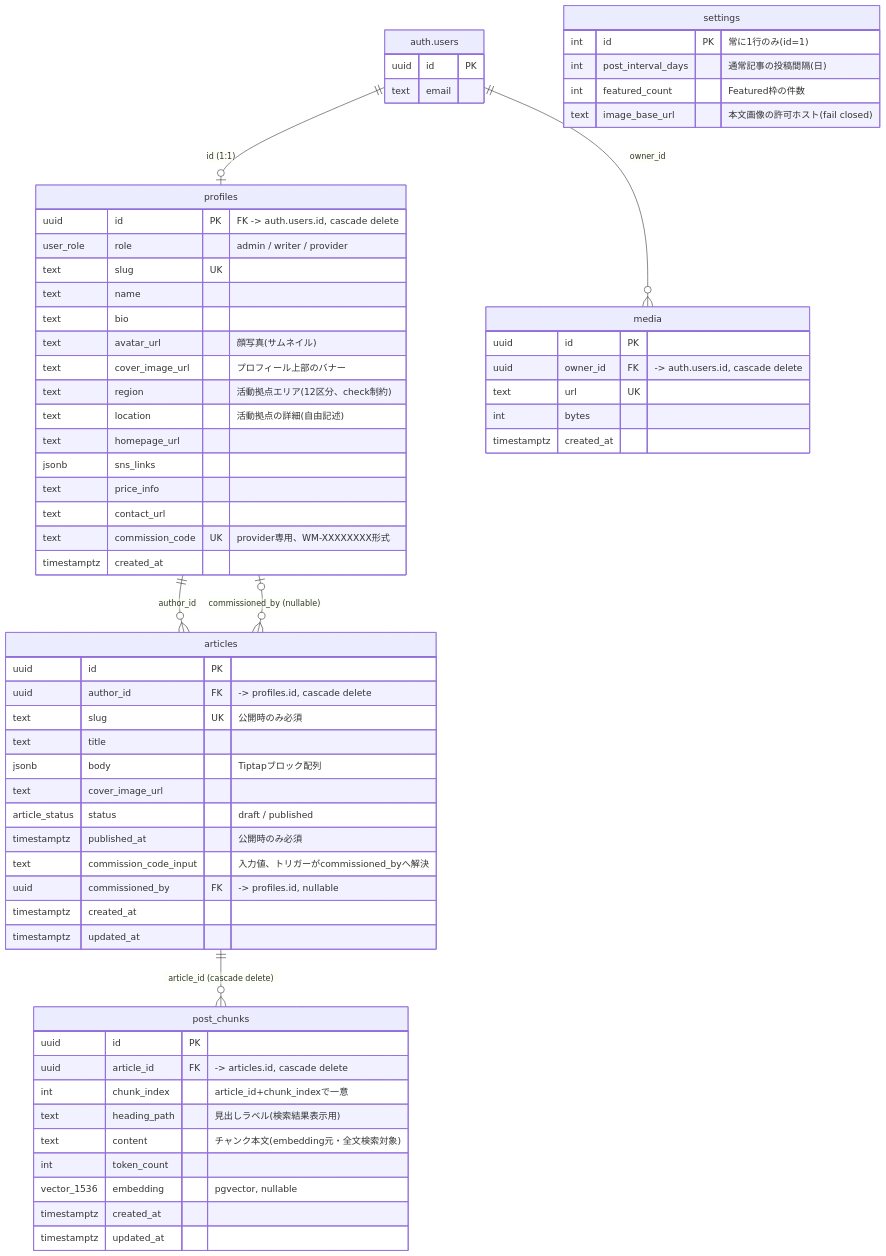
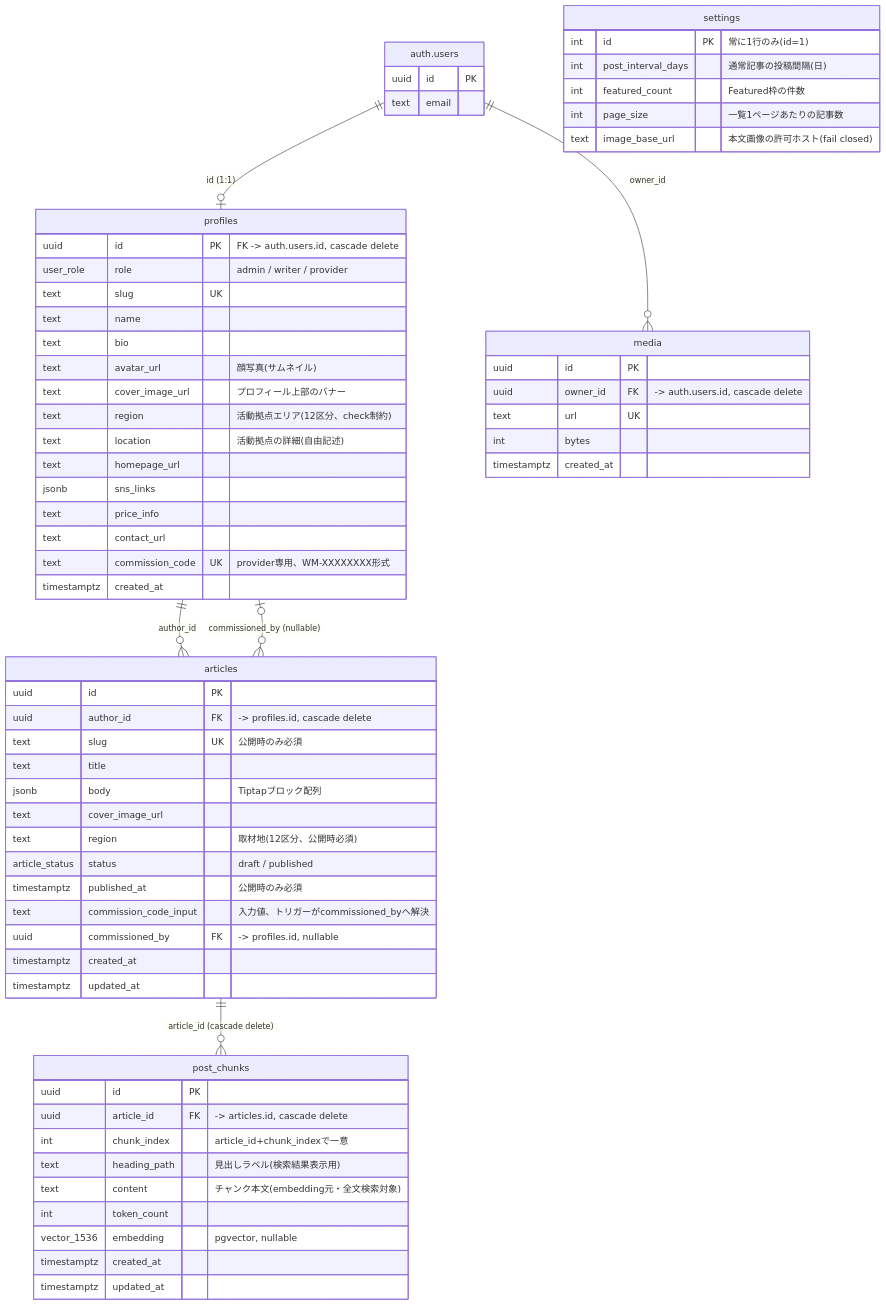
The diagram in docs/DATABASE.md (whimCrouwel/wyld-media), drawn with Mermaid before and after one commit. The commit also changed 8 other files, not shown here.

````diff
--- a/docs/DATABASE.md
+++ b/docs/DATABASE.md
@@ -5,73 +5,75 @@
 ```mermaid
 erDiagram
     "auth.users" ||--o| profiles : "id (1:1)"
     "auth.users" ||--o{ media : "owner_id"
     profiles ||--o{ articles : "author_id"
     profiles |o--o{ articles : "commissioned_by (nullable)"
     articles ||--o{ post_chunks : "article_id (cascade delete)"
 
     "auth.users" {
         uuid id PK
         text email
     }
 
     profiles {
         uuid id PK "FK -> auth.users.id, cascade delete"
         user_role role "admin / writer / provider"
         text slug UK
         text name
         text bio
         text avatar_url "顔写真(サムネイル)"
         text cover_image_url "プロフィール上部のバナー"
         text region "活動拠点エリア(12区分、check制約)"
         text location "活動拠点の詳細(自由記述)"
         text homepage_url
         jsonb sns_links
         text price_info
         text contact_url
         text commission_code UK "provider専用、WM-XXXXXXXX形式"
         timestamptz created_at
     }
 
     articles {
         uuid id PK
         uuid author_id FK "-> profiles.id, cascade delete"
         text slug UK "公開時のみ必須"
         text title
         jsonb body "Tiptapブロック配列"
         text cover_image_url
+        text region "取材地(12区分、公開時必須)"
         article_status status "draft / published"
         timestamptz published_at "公開時のみ必須"
         text commission_code_input "入力値、トリガーがcommissioned_byへ解決"
         uuid commissioned_by FK "-> profiles.id, nullable"
         timestamptz created_at
         timestamptz updated_at
     }
 
     settings {
         int id PK "常に1行のみ(id=1)"
         int post_interval_days "通常記事の投稿間隔(日)"
         int featured_count "Featured枠の件数"
+        int page_size "一覧1ページあたりの記事数"
         text image_base_url "本文画像の許可ホスト(fail closed)"
     }
 
     media {
         uuid id PK
         uuid owner_id FK "-> auth.users.id, cascade delete"
         text url UK
         int bytes
         timestamptz created_at
     }
 
     post_chunks {
         uuid id PK
         uuid article_id FK "-> articles.id, cascade delete"
         int chunk_index "article_id+chunk_indexで一意"
         text heading_path "見出しラベル(検索結果表示用)"
         text content "チャンク本文(embedding元・全文検索対象)"
         int token_count
         vector_1536 embedding "pgvector, nullable"
         timestamptz created_at
         timestamptz updated_at
     }
 ```
````
